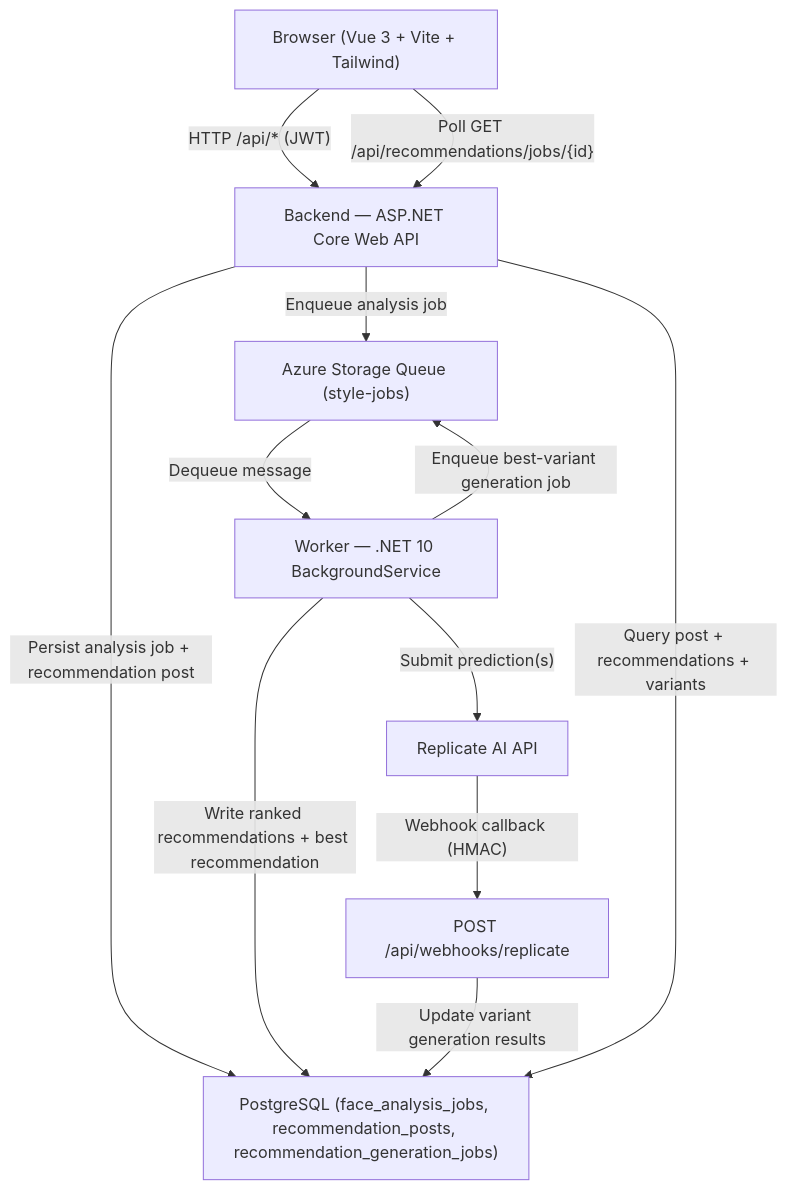
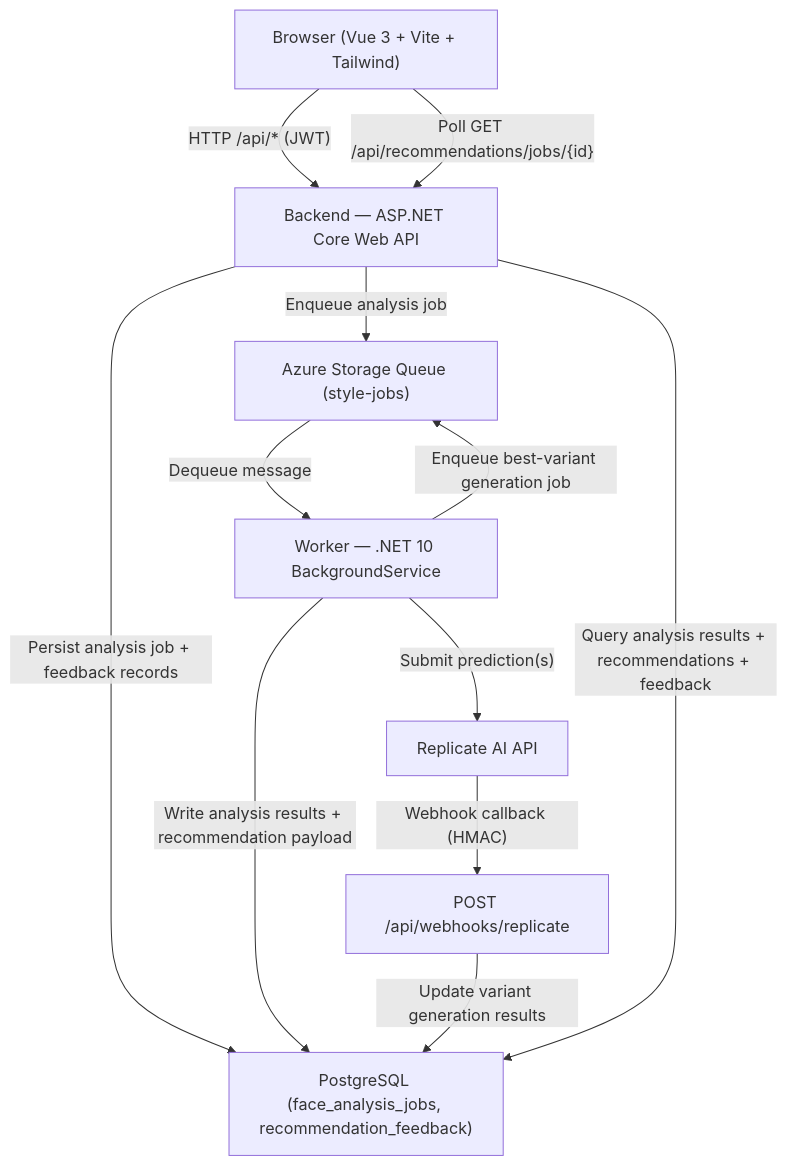
One commit to DanJ210/HowDoILook changed the diagram in ai-style-app/docs/architecture.md. Above: the diagram before and after it, drawn with Mermaid. The commit also changed other lines of this file and 1 other file, not shown here.

Commit message:
Update architecture and getting started documentation to reflect changes in feedback handling and experimentation mode

````diff
--- a/ai-style-app/docs/architecture.md
+++ b/ai-style-app/docs/architecture.md
@@ -7,22 +7,22 @@
 ```mermaid
 graph TD
     User["Browser (Vue 3 + Vite + Tailwind)"]
     API["Backend — ASP.NET Core Web API"]
     Queue["Azure Storage Queue (style-jobs)"]
     Worker["Worker — .NET 10 BackgroundService"]
-  DB["PostgreSQL (face_analysis_jobs, recommendation_posts, recommendation_generation_jobs)"]
+  DB["PostgreSQL (face_analysis_jobs, recommendation_feedback)"]
     Replicate["Replicate AI API"]
     Webhook["POST /api/webhooks/replicate"]
 
     User -->|"HTTP /api/*  (JWT)"| API
-  API -->|"Persist analysis job + recommendation post"| DB
+  API -->|"Persist analysis job + feedback records"| DB
   API -->|"Enqueue analysis job"| Queue
     Queue -->|"Dequeue message"| Worker
-  Worker -->|"Write ranked recommendations + best recommendation"| DB
+  Worker -->|"Write analysis results + recommendation payload"| DB
   Worker -->|"Enqueue best-variant generation job"| Queue
   Worker -->|"Submit prediction(s)"| Replicate
     Replicate -->|"Webhook callback (HMAC)"| Webhook
   Webhook -->|"Update variant generation results"| DB
   User -->|"Poll GET /api/recommendations/jobs/{id}"| API
-  API -->|"Query post + recommendations + variants"| DB
+  API -->|"Query analysis results + recommendations + feedback"| DB
 ```
````
